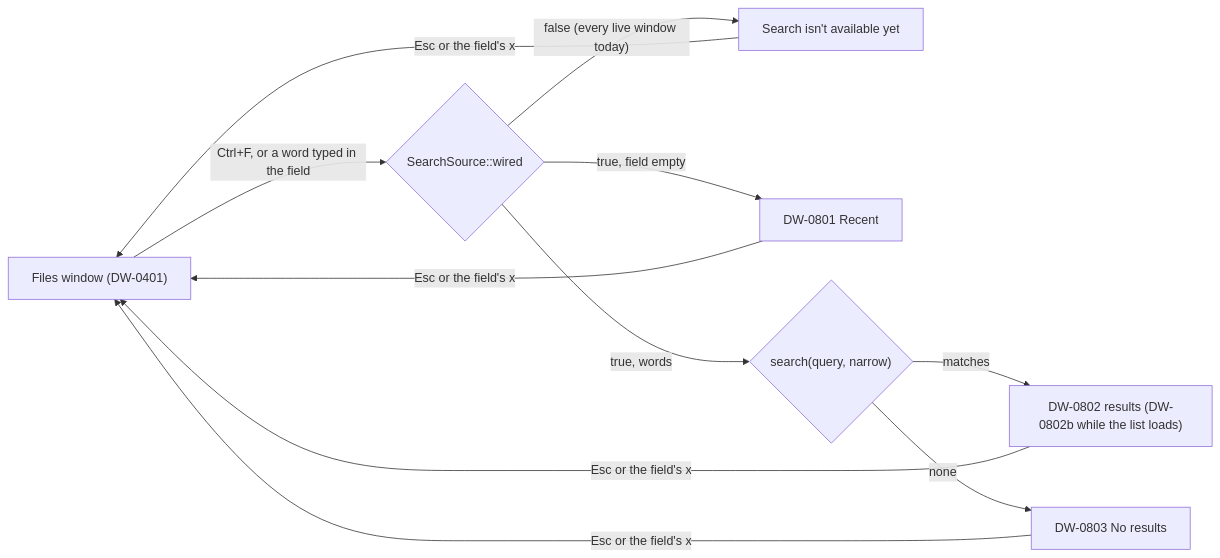
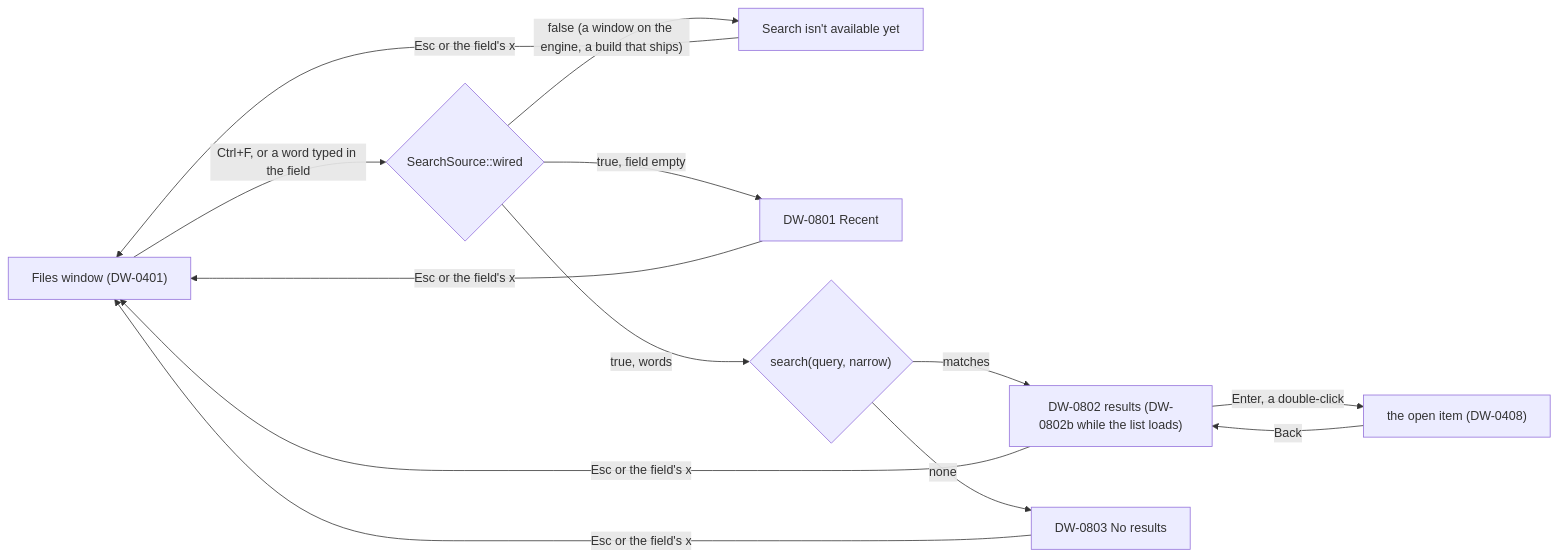
One commit to beebeeb-io/desktop changed the diagram in native/beebeeb-drive-rune/src/frames/search/FRAMES.md. Above: the diagram before and after it, drawn with Mermaid. The commit also changed other lines of this file, not shown here.

First line of the commit message:
native(search): FRAMES.md: linked, and where the keys come from

````diff
--- a/native/beebeeb-drive-rune/src/frames/search/FRAMES.md
+++ b/native/beebeeb-drive-rune/src/frames/search/FRAMES.md
@@ -24,10 +24,12 @@
 ```mermaid
 flowchart LR
     files["Files window (DW-0401)"] -- "Ctrl+F, or a word typed in the field" --> open{"SearchSource::wired"}
-    open -- "false (every live window today)" --> honest["Search isn't available yet"]
+    open -- "false (a window on the engine, a build that ships)" --> honest["Search isn't available yet"]
     open -- "true, field empty" --> recent["DW-0801 Recent"]
     open -- "true, words" --> answer{"search(query, narrow)"}
     answer -- "matches" --> results["DW-0802 results (DW-0802b while the list loads)"]
     answer -- "none" --> none["DW-0803 No results"]
     honest & recent & results & none -- "Esc or the field's x" --> files
+    results -- "Enter, a double-click" --> item["the open item (DW-0408)"]
+    item -- "Back" --> results
 ```
````
